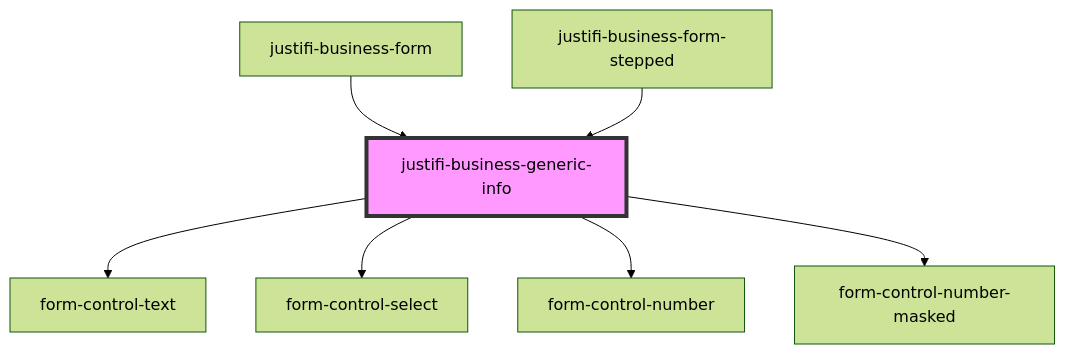
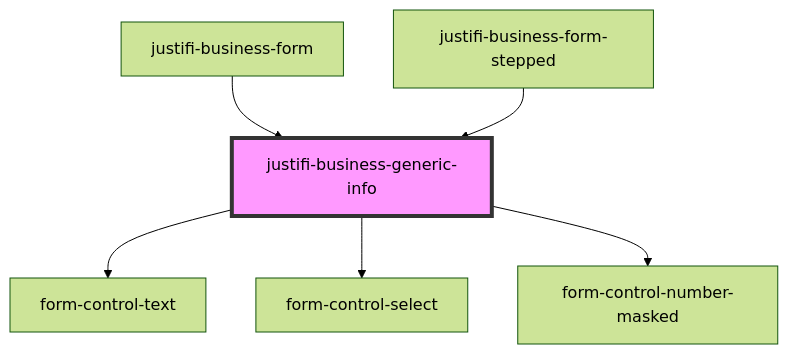
The diagram in packages/webcomponents/src/components/business-form/business-generic-info/readme.md (justifi-tech/web-component-library), drawn with Mermaid (forest theme) before and after one commit. The commit also changed other lines of this file and 22 other files, not shown here.

````diff
--- a/packages/webcomponents/src/components/business-form/business-generic-info/readme.md
+++ b/packages/webcomponents/src/components/business-form/business-generic-info/readme.md
@@ -36,10 +35,9 @@
 ```mermaid
 graph TD;
   justifi-business-generic-info --> form-control-text
   justifi-business-generic-info --> form-control-select
-  justifi-business-generic-info --> form-control-number
   justifi-business-generic-info --> form-control-number-masked
   justifi-business-form --> justifi-business-generic-info
   justifi-business-form-stepped --> justifi-business-generic-info
   style justifi-business-generic-info fill:#f9f,stroke:#333,stroke-width:4px
 ```
````
